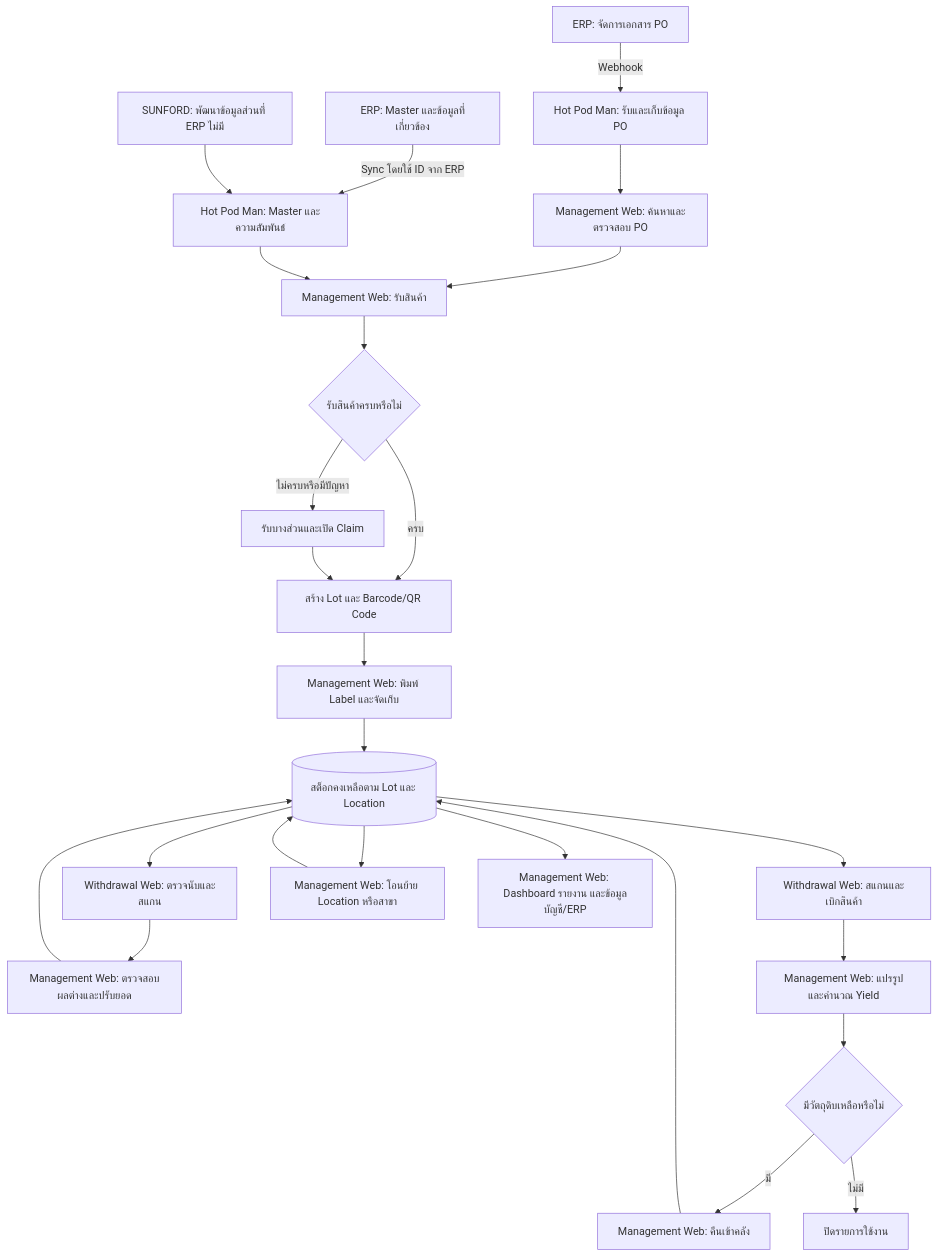
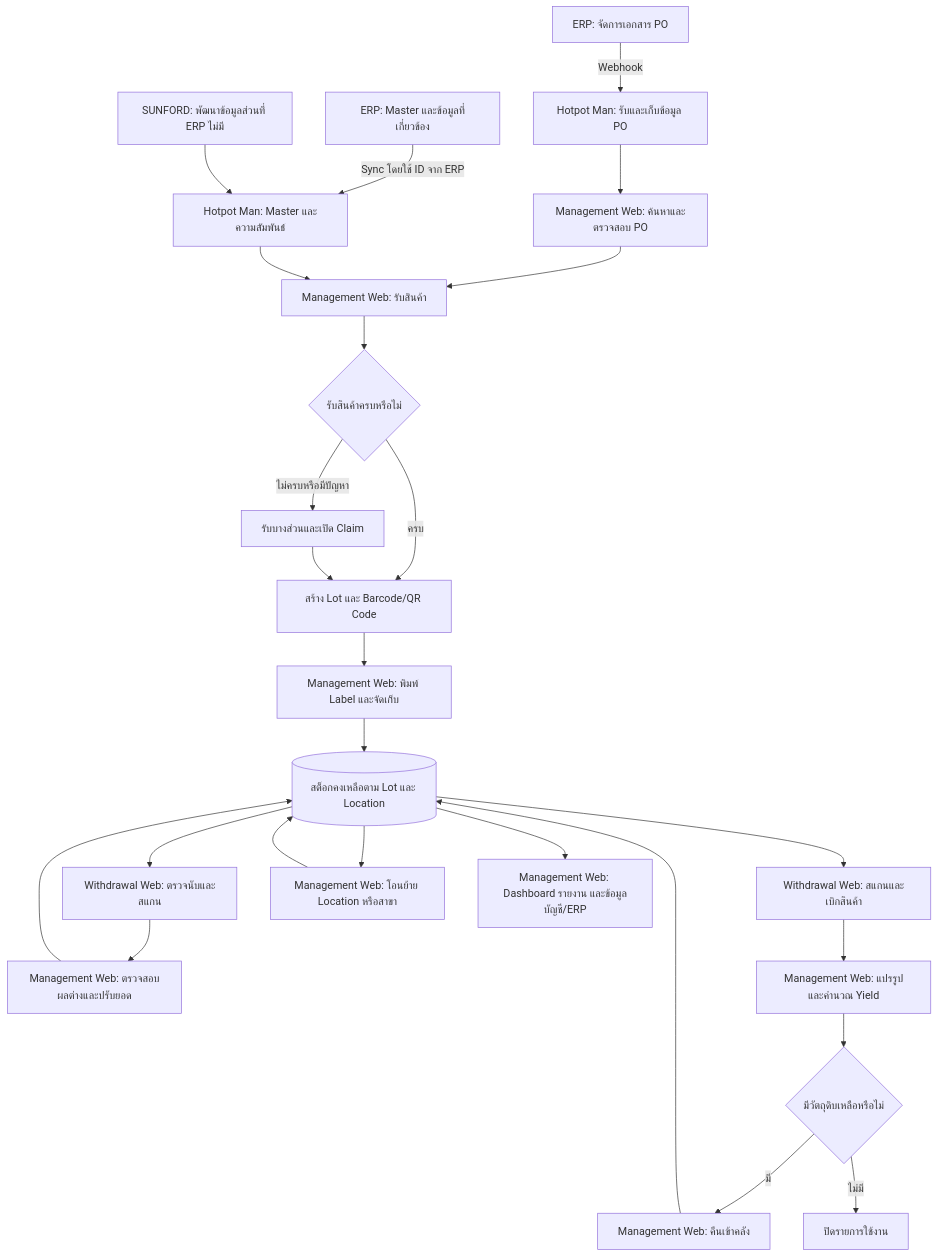
The first of 2 diagrams in HOTPODMAN/requirements.md (thisadee2897/requirements), drawn with Mermaid before and after one commit. The commit also changed other lines of this file and 5 other files, not shown here.

````diff
--- a/HOTPODMAN/requirements.md
+++ b/HOTPODMAN/requirements.md
@@ -75,27 +75,27 @@
 ```mermaid
 flowchart TD
-    ERP[ERP: จัดการเอกสาร PO] -->|Webhook| A[Hot Pod Man: รับและเก็บข้อมูล PO]
+    ERP[ERP: จัดการเอกสาร PO] -->|Webhook| A[Hotpot Man: รับและเก็บข้อมูล PO]
     A --> B[Management Web: ค้นหาและตรวจสอบ PO]
     B --> C[Management Web: รับสินค้า]
-    PRODUCT[ERP: Master และข้อมูลที่เกี่ยวข้อง] -->|Sync โดยใช้ ID จาก ERP| MASTER[Hot Pod Man: Master และความสัมพันธ์]
+    PRODUCT[ERP: Master และข้อมูลที่เกี่ยวข้อง] -->|Sync โดยใช้ ID จาก ERP| MASTER[Hotpot Man: Master และความสัมพันธ์]
     EXT[SUNFORD: พัฒนาข้อมูลส่วนที่ ERP ไม่มี] --> MASTER
     MASTER --> C
     C --> D{รับสินค้าครบหรือไม่}
     D -- ครบ --> E[สร้าง Lot และ Barcode/QR Code]
     D -- ไม่ครบหรือมีปัญหา --> F[รับบางส่วนและเปิด Claim]
     F --> E
     E --> G[Management Web: พิมพ์ Label และจัดเก็บ]
     G --> H[(สต็อกคงเหลือตาม Lot และ Location)]
     H --> I[Withdrawal Web: ตรวจนับและสแกน]
     I --> J[Management Web: ตรวจสอบผลต่างและปรับยอด]
     J --> H
     H --> K[Withdrawal Web: สแกนและเบิกสินค้า]
     K --> L[Management Web: แปรรูปและคำนวณ Yield]
     L --> M{มีวัตถุดิบเหลือหรือไม่}
     M -- มี --> N[Management Web: คืนเข้าคลัง]
     N --> H
     M -- ไม่มี --> O[ปิดรายการใช้งาน]
     H --> P[Management Web: โอนย้าย Location หรือสาขา]
     P --> H
     H --> Q[Management Web: Dashboard รายงาน และข้อมูลบัญชี/ERP]
 ```
````
